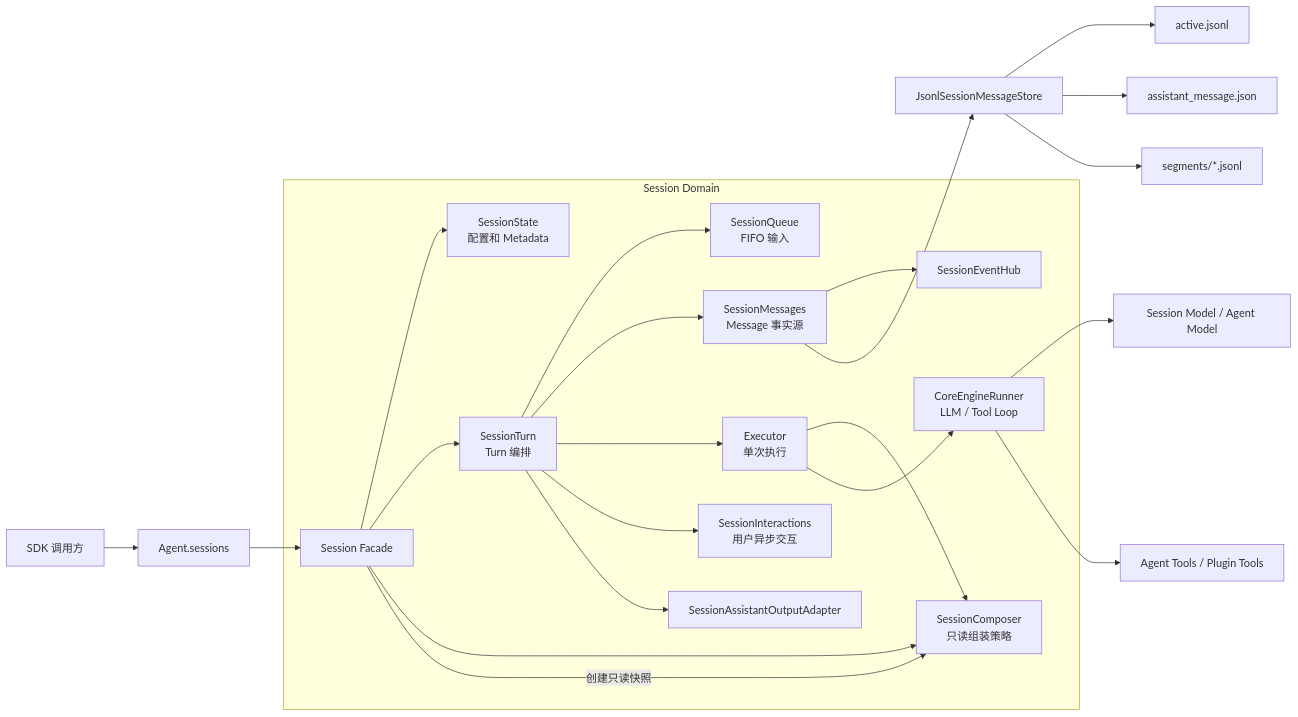
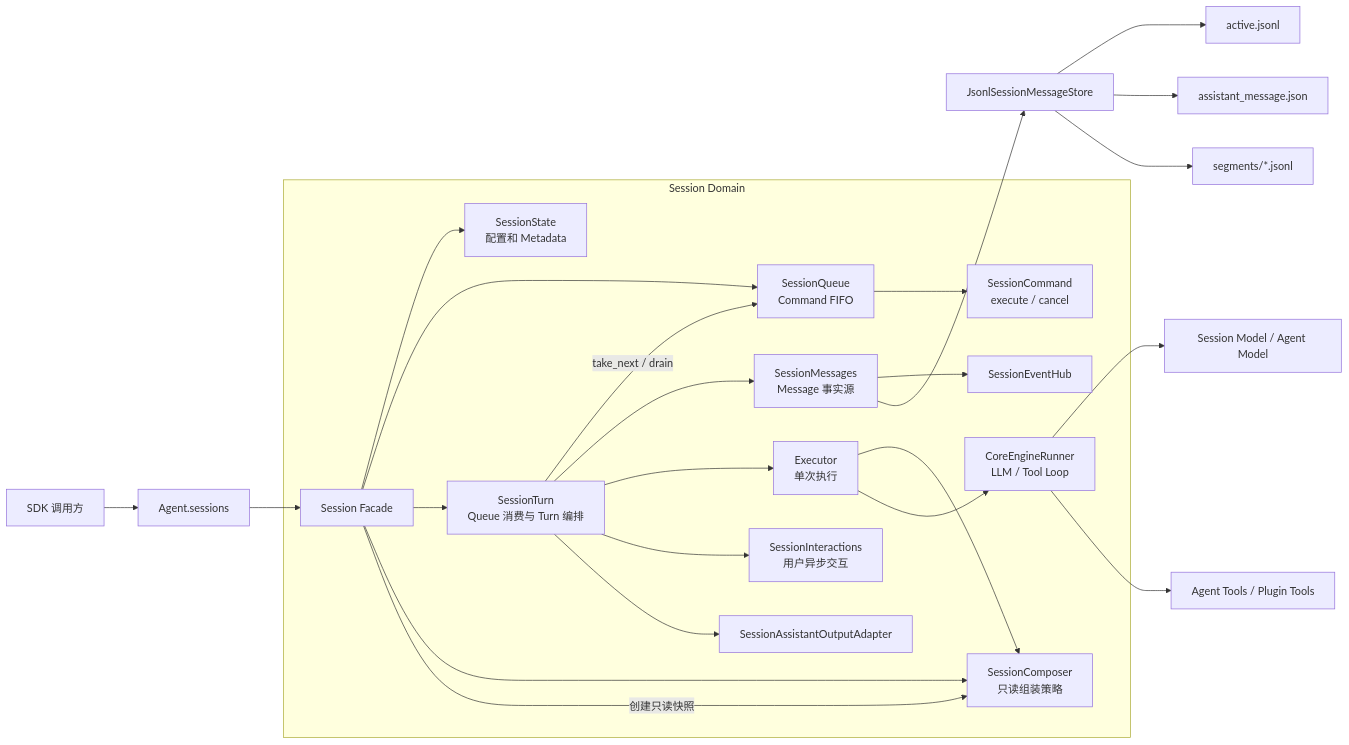
One commit to genesiscosmos/downcity changed the first of 3 diagrams in docs/session-runtime-architecture.md. Above: the diagram before and after it, drawn with Mermaid. The commit also changed other lines of this file and 32 other files, not shown here.

````diff
--- a/docs/session-runtime-architecture.md
+++ b/docs/session-runtime-architecture.md
@@ -31,27 +32,29 @@
 ```mermaid
 flowchart LR
     Caller["SDK 调用方"] --> AgentSessions["Agent.sessions"]
     AgentSessions --> Session["Session Facade"]
 
     subgraph SessionDomain["Session Domain"]
         Session --> State["SessionState<br/>配置和 Metadata"]
-        Session --> Turn["SessionTurn<br/>Turn 编排"]
-        Turn --> Queue["SessionQueue<br/>FIFO 输入"]
+        Session --> Queue["SessionQueue<br/>Command FIFO"]
+        Session --> Turn["SessionTurn<br/>Queue 消费与 Turn 编排"]
+        Queue --> QueueCommand["SessionCommand<br/>execute / cancel"]
+        Turn -->|"take_next / drain"| Queue
         Turn --> Messages["SessionMessages<br/>Message 事实源"]
         Turn --> Executor["Executor<br/>单次执行"]
         Session --> Composer["SessionComposer<br/>只读组装策略"]
         Executor --> Composer
         Executor --> Engine["CoreEngineRunner<br/>LLM / Tool Loop"]
         Turn --> Interactions["SessionInteractions<br/>用户异步交互"]
         Turn --> Output["SessionAssistantOutputAdapter"]
         Messages --> Events["SessionEventHub"]
     end
 
     Session -->|"创建只读快照"| Composer
     Messages --> Store["JsonlSessionMessageStore"]
     Store --> Active["active.jsonl"]
     Store --> Draft["assistant_message.json"]
     Store --> Segments["segments/*.jsonl"]
     Engine --> Model["Session Model / Agent Model"]
     Engine --> Tools["Agent Tools / Plugin Tools"]
 ```
````
